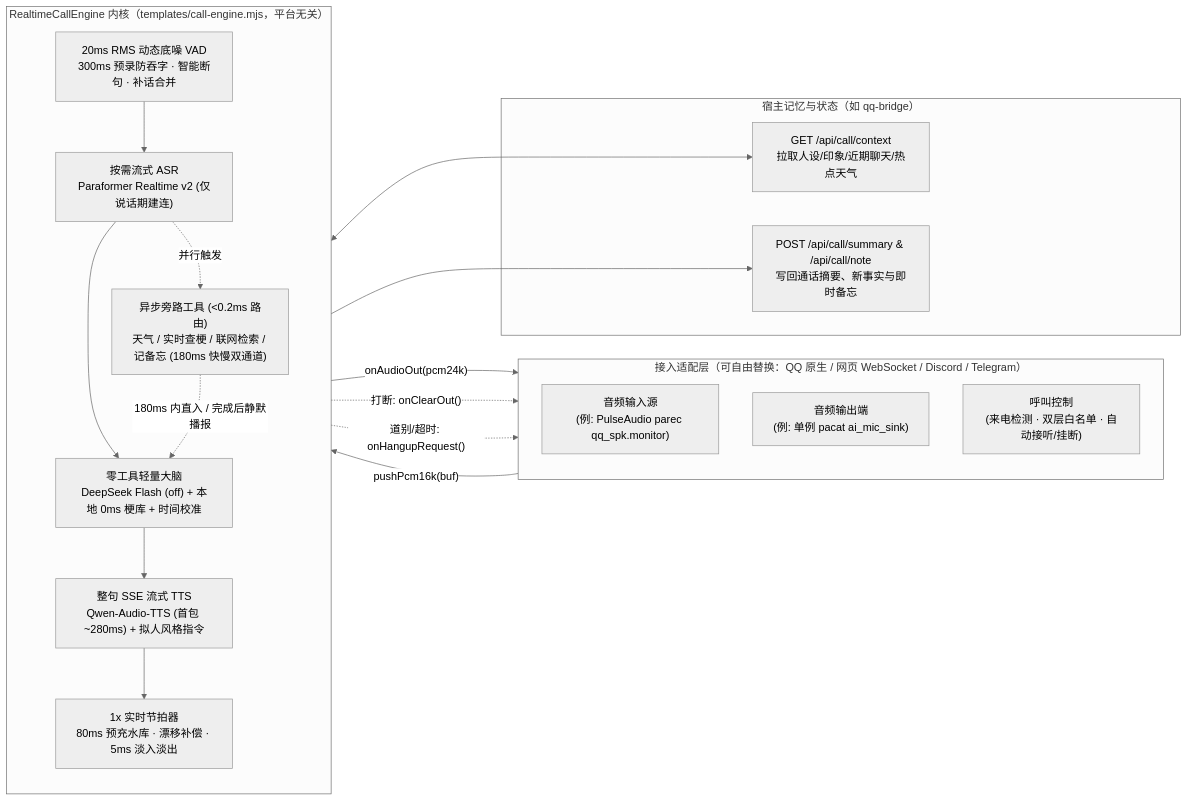
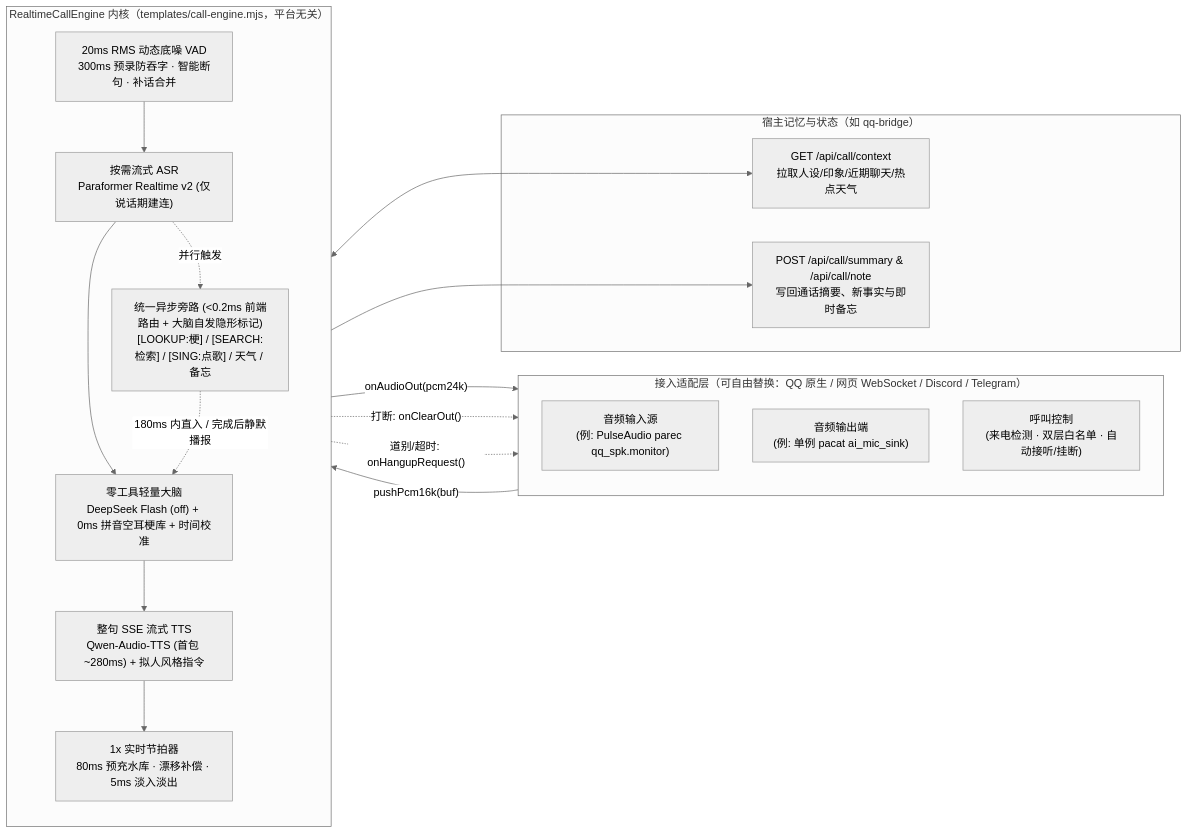
One commit to mactawishHui/dsh-chat-pet changed the diagram in realtime-call-module.md. Above: the diagram before and after it, drawn with Mermaid (neutral theme). The commit also changed other lines of this file and 7 other files, not shown here.

````diff
--- a/realtime-call-module.md
+++ b/realtime-call-module.md
@@ -24,32 +24,32 @@
 ```mermaid
 flowchart LR
   subgraph Adapter["接入适配层（可自由替换：QQ 原生 / 网页 WebSocket / Discord / Telegram）"]
     direction TB
     A1["音频输入源<br/>(例: PulseAudio parec qq_spk.monitor)"]
     A2["音频输出端<br/>(例: 单例 pacat ai_mic_sink)"]
     A3["呼叫控制<br/>(来电检测 · 双层白名单 · 自动接听/挂断)"]
   end
 
   subgraph Engine["RealtimeCallEngine 内核（templates/call-engine.mjs，平台无关）"]
     direction TB
     E1["20ms RMS 动态底噪 VAD<br/>300ms 预录防吞字 · 智能断句 · 补话合并"]
     E2["按需流式 ASR<br/>Paraformer Realtime v2 (仅说话期建连)"]
-    E3["零工具轻量大脑<br/>DeepSeek Flash (off) + 本地 0ms 梗库 + 时间校准"]
-    E3S["异步旁路工具 (<0.2ms 路由)<br/>天气 / 实时查梗 / 联网检索 / 记备忘 (180ms 快慢双通道)"]
+    E3["零工具轻量大脑<br/>DeepSeek Flash (off) + 0ms 拼音空耳梗库 + 时间校准"]
+    E3S["统一异步旁路 (<0.2ms 前端路由 + 大脑自发隐形标记)<br/>[LOOKUP:梗] / [SEARCH:检索] / [SING:点歌] / 天气 / 备忘"]
     E4["整句 SSE 流式 TTS<br/>Qwen-Audio-TTS (首包 ~280ms) + 拟人风格指令"]
     E5["1x 实时节拍器<br/>80ms 预充水库 · 漂移补偿 · 5ms 淡入淡出"]
   end
 
   subgraph Host["宿主记忆与状态（如 qq-bridge）"]
     H1["GET /api/call/context<br/>拉取人设/印象/近期聊天/热点天气"]
     H2["POST /api/call/summary & /api/call/note<br/>写回通话摘要、新事实与即时备忘"]
   end
 
   A1 -->|"pushPcm16k(buf)"| E1 --> E2 --> E3 --> E4 --> E5
   E2 -.->|"并行触发"| E3S -.->|"180ms 内直入 / 完成后静默播报"| E3
   E5 -->|"onAudioOut(pcm24k)"| A2
   E1 -.->|"打断: onClearOut()"| A2
   E3 -.->|"道别/超时: onHangupRequest()"| A3
   Engine <--> H1
   Engine --> H2
 ```
````
